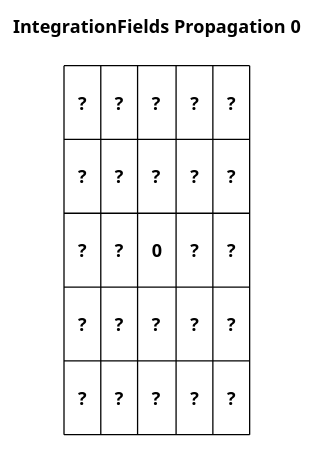
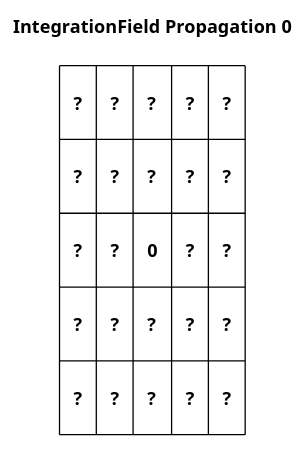
One commit to BlondeBurrito/bevy_flowfield_tiles_plugin changed the diagram in docs/int_field_prop0.puml. Above: the diagram before and after it, drawn with PlantUML. The commit also changed 35 other files, not shown here.

```diff
--- a/docs/int_field_prop0.puml
+++ b/docs/int_field_prop0.puml
@@ -1,12 +1,12 @@
 @startuml int_field_prop0
 
 title
-IntegrationFields Propagation 0
+IntegrationField Propagation 0
 
 |\n   ?   \n|\n   ?   \n|\n   ?   \n|\n   ?   \n|\n   ?   \n|
 |\n   ?   \n|\n   ?   \n|\n   ?   \n|\n   ?   \n|\n   ?   \n|
 |\n   ?   \n|\n   ?   \n|\n   0   \n|\n   ?   \n|\n   ?   \n|
 |\n   ?   \n|\n   ?   \n|\n   ?   \n|\n   ?   \n|\n   ?   \n|
 |\n   ?   \n|\n   ?   \n|\n   ?   \n|\n   ?   \n|\n   ?   \n|
 end title
 @enduml
```
